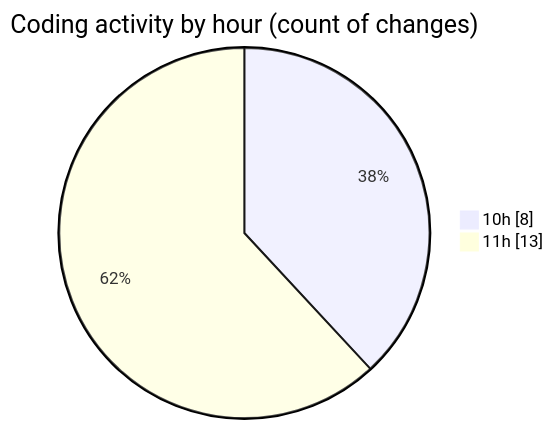
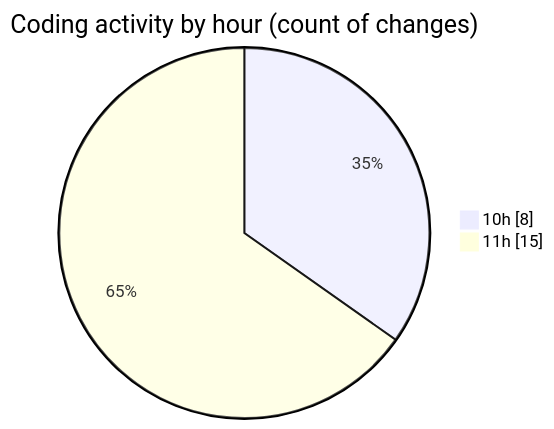
The second of 2 diagrams in 2025-10-16/nxtqube_webapp/README.md (nxtqubesakshisongat/code-tracking), drawn with Mermaid before and after one commit. The commit also changed other lines of this file and 1 other file, not shown here.

````diff
--- a/2025-10-16/nxtqube_webapp/README.md
+++ b/2025-10-16/nxtqube_webapp/README.md
@@ -28,6 +28,6 @@
 ```mermaid
 pie showData
 title Coding activity by hour (count of changes)
 "10h" : 8
-"11h" : 13
+"11h" : 15
 ```
````
